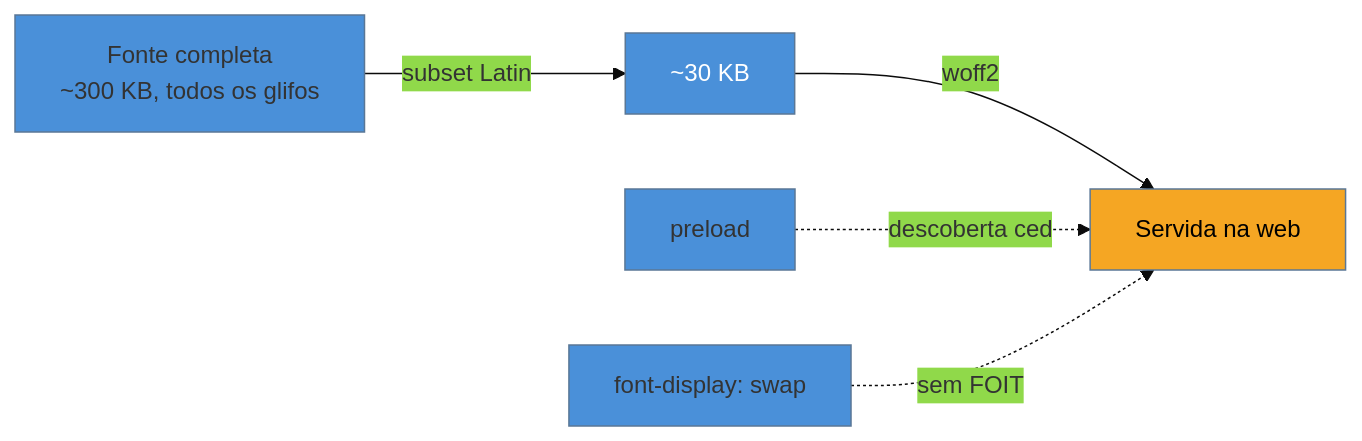
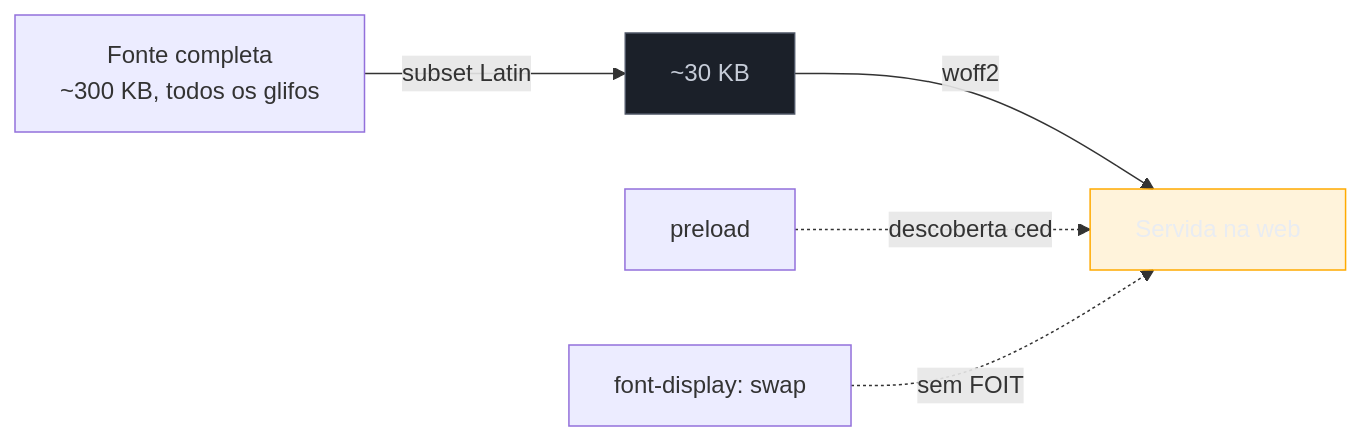
One commit to josenaldo/codex-technomanticus changed the diagram in 03-Dominios/Tecnologia/Web Performance/Performance de Carregamento/05 - Fontes web.md. Above: the diagram before and after it, drawn with Mermaid. The commit also changed 1181 other files, not shown here.

First line of the commit message:
fix(diagramas): paleta do sistema no lugar de cor cravada no markdown

````diff
--- a/03-Dominios/Tecnologia/Web Performance/Performance de Carregamento/05 - Fontes web.md
+++ b/03-Dominios/Tecnologia/Web Performance/Performance de Carregamento/05 - Fontes web.md
@@ -63,10 +63,11 @@
 ```mermaid
-%%{init: {"theme": "base", "themeVariables": {"primaryColor": "#4A90D9"}}}%%
 graph LR
+    classDef neutro fill:#1B2029,stroke:#4E5666,color:#C6CCD8
+    classDef destaque fill:#FFAA0024,stroke:#FFAA00,color:#E9ECF2
     A[Fonte completa<br/>~300 KB, todos os glifos] -->|subset Latin| B[~30 KB]
     B -->|woff2| C[Servida na web]
     D[preload] -.descoberta cedo.-> C
     E[font-display: swap] -.sem FOIT.-> C
-    style B fill:#4A90D9,color:#fff
-    style C fill:#F5A623,color:#000
+    class B neutro
+    class C destaque
 ```
````
